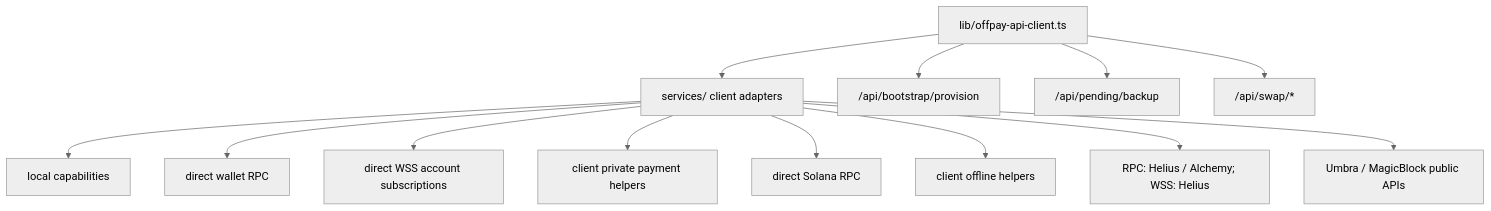
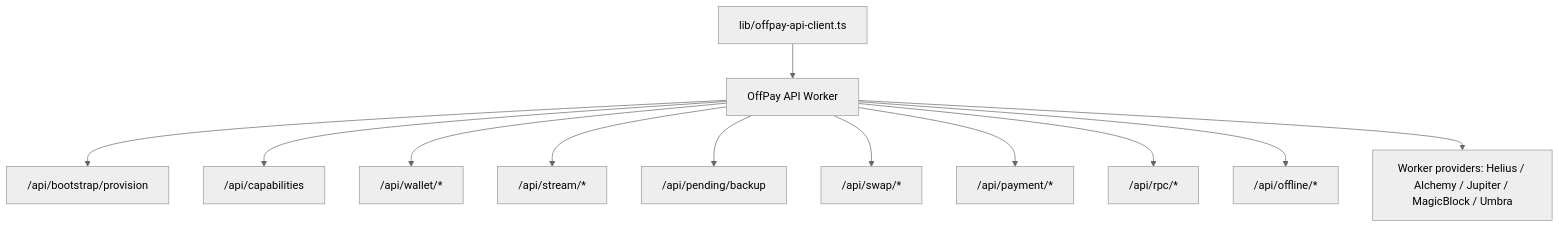
One commit to OffPay-Wallet/OffPay changed the second of 2 diagrams in documentation/api-and-auth.md. Above: the diagram before and after it, drawn with Mermaid (neutral theme). The commit also changed other lines of this file and 70 other files, not shown here.

First line of the commit message:
feat: centralize OffPay provider APIs in worker

````diff
--- a/documentation/api-and-auth.md
+++ b/documentation/api-and-auth.md
@@ -51,29 +51,27 @@
 ```mermaid
 flowchart TB
   ApiClient["lib/offpay-api-client.ts"]
-  ClientAdapters["services/ client adapters"]
-  Providers["RPC: Helius / Alchemy; WSS: Helius"]
-  PublicServices["Umbra / MagicBlock public APIs"]
+  Worker["OffPay API Worker"]
+  Providers["Worker providers: Helius / Alchemy / Jupiter / MagicBlock / Umbra"]
   Bootstrap["/api/bootstrap/provision"]
-  Capabilities["local capabilities"]
-  Wallet["direct wallet RPC"]
-  Stream["direct WSS account subscriptions"]
+  Capabilities["/api/capabilities"]
+  Wallet["/api/wallet/*"]
+  Stream["/api/stream/*"]
   Pending["/api/pending/backup"]
   Swap["/api/swap/*"]
-  Payment["client private payment helpers"]
-  Rpc["direct Solana RPC"]
-  Offline["client offline helpers"]
+  Payment["/api/payment/*"]
+  Rpc["/api/rpc/*"]
+  Offline["/api/offline/*"]
 
-  ApiClient --> Bootstrap
-  ApiClient --> ClientAdapters
-  ClientAdapters --> Capabilities
-  ClientAdapters --> Wallet
-  ClientAdapters --> Stream
-  ApiClient --> Pending
-  ApiClient --> Swap
-  ClientAdapters --> Payment
-  ClientAdapters --> Rpc
-  ClientAdapters --> Offline
-  ClientAdapters --> Providers
-  ClientAdapters --> PublicServices
+  ApiClient --> Worker
+  Worker --> Bootstrap
+  Worker --> Capabilities
+  Worker --> Wallet
+  Worker --> Stream
+  Worker --> Pending
+  Worker --> Swap
+  Worker --> Payment
+  Worker --> Rpc
+  Worker --> Offline
+  Worker --> Providers
 ```
````
